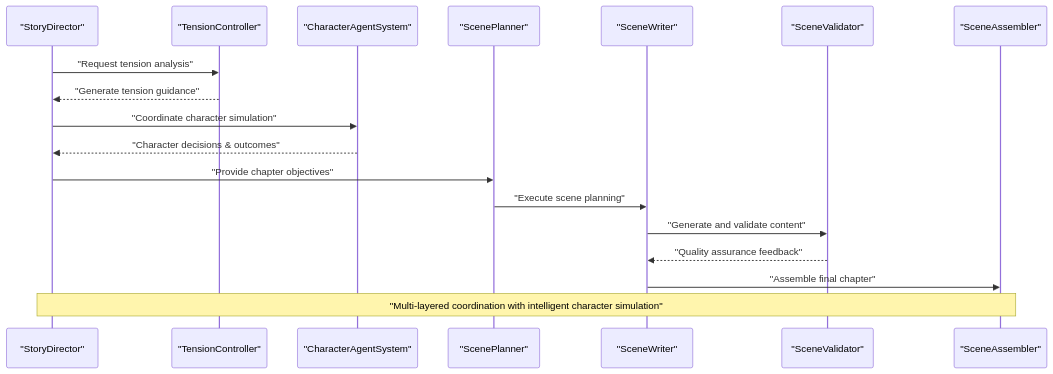
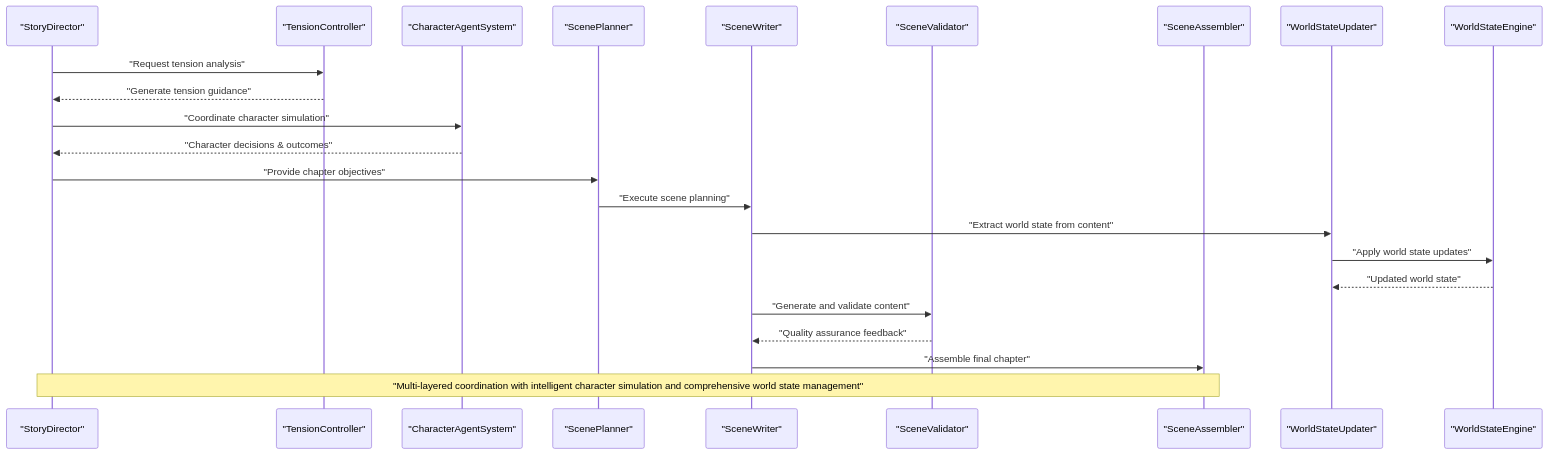
One commit to liwonder/NARRITIVE_OS changed the second of 2 diagrams in .qoder/repowiki/en/content/AI Agent System/AI Agent System.md. Above: the diagram before and after it, drawn with Mermaid. The commit also changed other lines of this file and 12 other files, not shown here.

````diff
--- a/.qoder/repowiki/en/content/AI Agent System/AI Agent System.md
+++ b/.qoder/repowiki/en/content/AI Agent System/AI Agent System.md
@@ -111,20 +134,25 @@
 ```mermaid
 sequenceDiagram
 participant Director as "StoryDirector"
 participant Tension as "TensionController"
 participant Character as "CharacterAgentSystem"
 participant Planner as "ScenePlanner"
 participant Writer as "SceneWriter"
 participant Validator as "SceneValidator"
 participant Assembler as "SceneAssembler"
+participant WorldUpdater as "WorldStateUpdater"
+participant WorldEngine as "WorldStateEngine"
 Director->>Tension : "Request tension analysis"
 Tension-->>Director : "Generate tension guidance"
 Director->>Character : "Coordinate character simulation"
 Character-->>Director : "Character decisions & outcomes"
 Director->>Planner : "Provide chapter objectives"
 Planner->>Writer : "Execute scene planning"
+Writer->>WorldUpdater : "Extract world state from content"
+WorldUpdater->>WorldEngine : "Apply world state updates"
+WorldEngine-->>WorldUpdater : "Updated world state"
 Writer->>Validator : "Generate and validate content"
 Validator-->>Writer : "Quality assurance feedback"
 Writer->>Assembler : "Assemble final chapter"
-Note over Director,Assembler : "Multi-layered coordination with intelligent character simulation"
+Note over Director,Assembler : "Multi-layered coordination with intelligent character simulation and comprehensive world state management"
 ```
````
